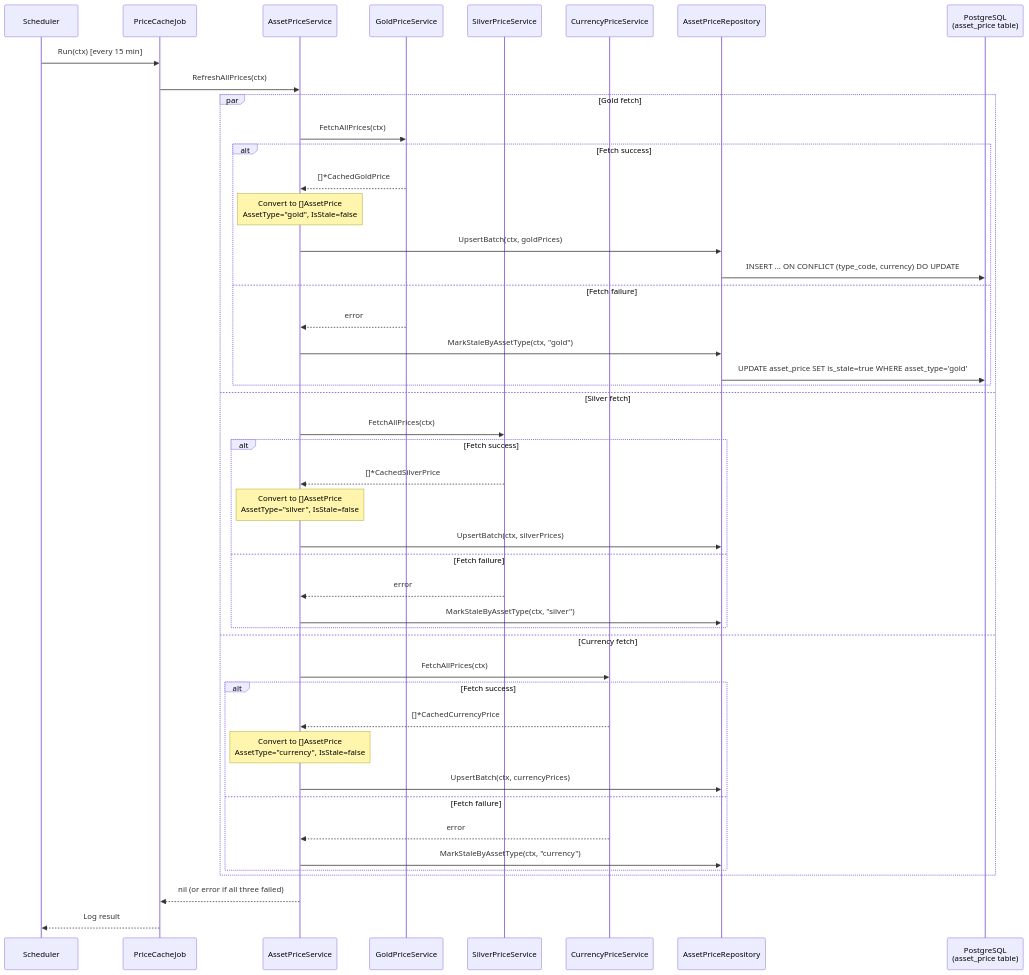
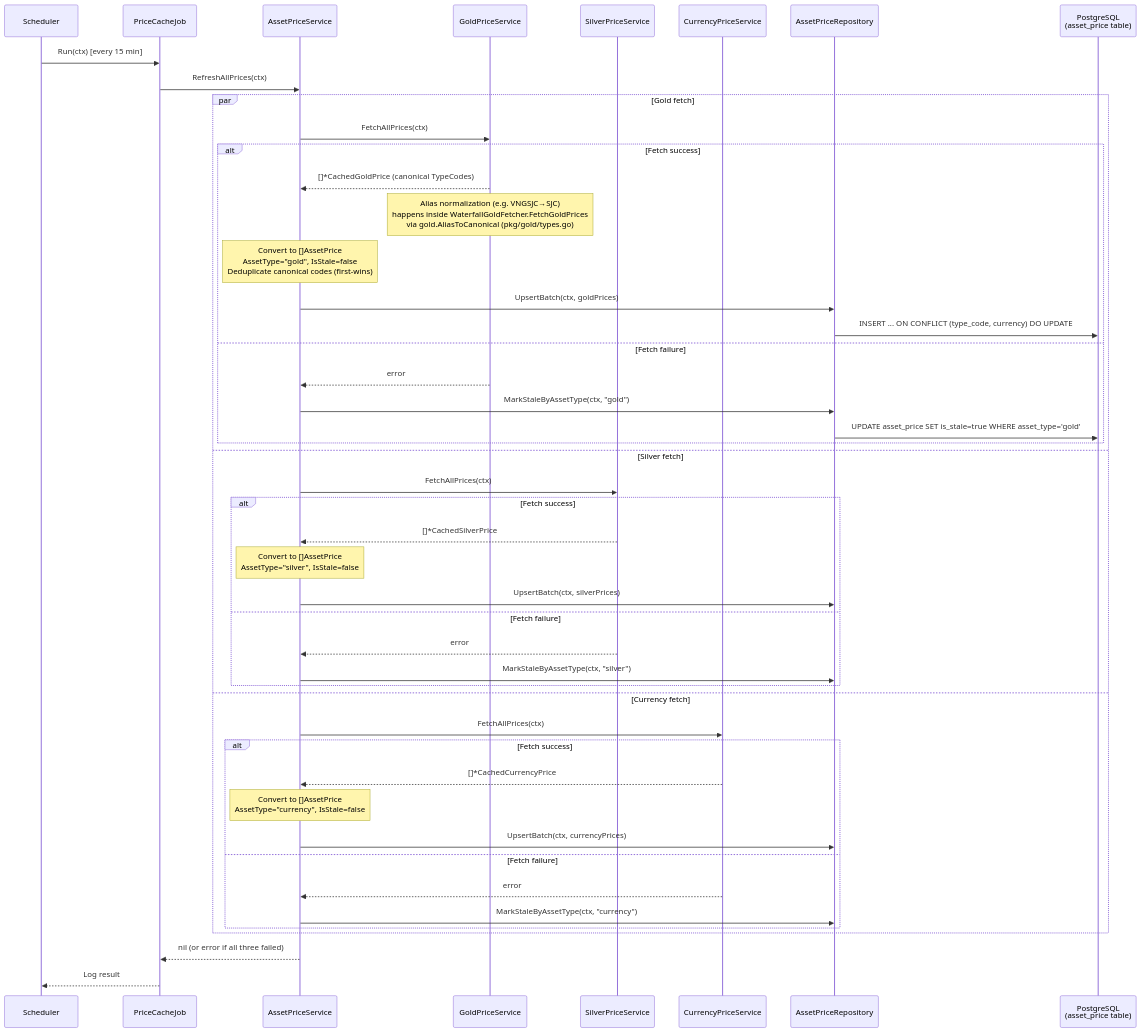
Diagram 16 of 16 in docs/architecture/flow-cross-cutting.md (khanhnq1406/wealth-journey), drawn with Mermaid before and after one commit. The commit also changed other lines of this file and 1 other file, not shown here.

First line of the commit message:
docs(gold): update flow-cross-cutting.md for alias normalization boundary

````diff
--- a/docs/architecture/flow-cross-cutting.md
+++ b/docs/architecture/flow-cross-cutting.md
@@ -1019,51 +1025,52 @@
 ```mermaid
 sequenceDiagram
     participant SCH as Scheduler
     participant PCJ as PriceCacheJob
     participant APS as AssetPriceService
     participant GPS as GoldPriceService
     participant SPS as SilverPriceService
     participant CPS as CurrencyPriceService
     participant APR as AssetPriceRepository
     participant DB as PostgreSQL<br/>(asset_price table)
 
     SCH->>PCJ: Run(ctx) [every 15 min]
     PCJ->>APS: RefreshAllPrices(ctx)
 
     par Gold fetch
         APS->>GPS: FetchAllPrices(ctx)
         alt Fetch success
-            GPS-->>APS: []*CachedGoldPrice
-            Note over APS: Convert to []AssetPrice<br/>AssetType="gold", IsStale=false
+            GPS-->>APS: []*CachedGoldPrice (canonical TypeCodes)
+            Note over GPS: Alias normalization (e.g. VNGSJC→SJC)<br/>happens inside WaterfallGoldFetcher.FetchGoldPrices<br/>via gold.AliasToCanonical (pkg/gold/types.go)
+            Note over APS: Convert to []AssetPrice<br/>AssetType="gold", IsStale=false<br/>Deduplicate canonical codes (first-wins)
             APS->>APR: UpsertBatch(ctx, goldPrices)
             APR->>DB: INSERT ... ON CONFLICT (type_code, currency) DO UPDATE
         else Fetch failure
             GPS-->>APS: error
             APS->>APR: MarkStaleByAssetType(ctx, "gold")
             APR->>DB: UPDATE asset_price SET is_stale=true WHERE asset_type='gold'
         end
     and Silver fetch
         APS->>SPS: FetchAllPrices(ctx)
         alt Fetch success
             SPS-->>APS: []*CachedSilverPrice
             Note over APS: Convert to []AssetPrice<br/>AssetType="silver", IsStale=false
             APS->>APR: UpsertBatch(ctx, silverPrices)
         else Fetch failure
             SPS-->>APS: error
             APS->>APR: MarkStaleByAssetType(ctx, "silver")
         end
     and Currency fetch
         APS->>CPS: FetchAllPrices(ctx)
         alt Fetch success
             CPS-->>APS: []*CachedCurrencyPrice
             Note over APS: Convert to []AssetPrice<br/>AssetType="currency", IsStale=false
             APS->>APR: UpsertBatch(ctx, currencyPrices)
         else Fetch failure
             CPS-->>APS: error
             APS->>APR: MarkStaleByAssetType(ctx, "currency")
         end
     end
 
     APS-->>PCJ: nil (or error if all three failed)
     PCJ-->>SCH: Log result
 ```
````
